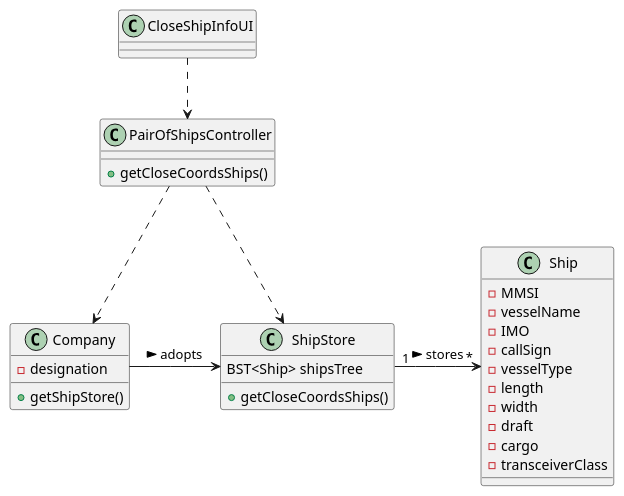
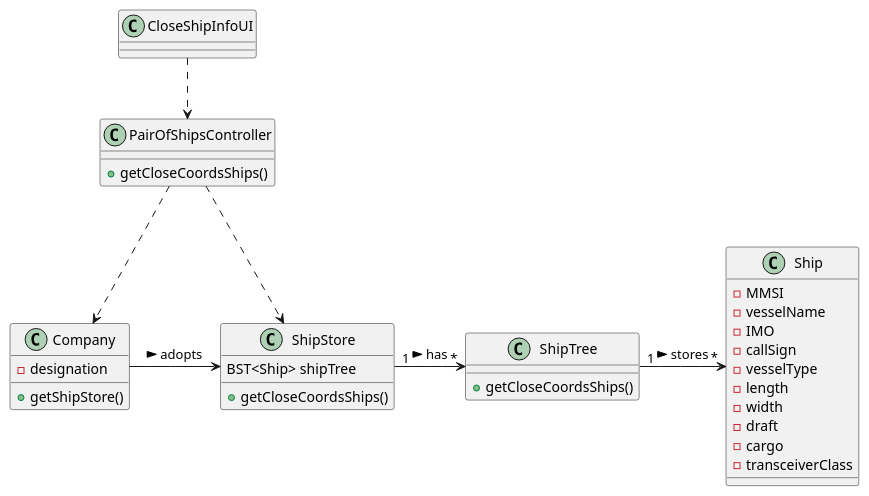
One commit to mpoboas/lapr3-2021-g102 changed the diagram in docs/Sprint1/US107/US107_CD.puml. Above: the diagram before and after it, drawn with PlantUML. The commit also changed 3 other files, not shown here.

```diff
--- a/docs/Sprint1/US107/US107_CD.puml
+++ b/docs/Sprint1/US107/US107_CD.puml
@@ -1,40 +1,45 @@
 @startuml
 'https://plantuml.com/class-diagram
 
 class Company {
 -designation
 +getShipStore()
 }
 
 class CloseShipInfoUI {
 }
 
 class PairOfShipsController {
 +getCloseCoordsShips()
 }
 
 class ShipStore {
-BST<Ship> shipsTree
+BST<Ship> shipTree
++getCloseCoordsShips()
+}
+
+class ShipTree {
 +getCloseCoordsShips()
 }
 
 class Ship {
 -MMSI
 -vesselName
 -IMO
 -callSign
 -vesselType
 -length
 -width
 -draft
 -cargo
 -transceiverClass
 }
 
 CloseShipInfoUI ..> PairOfShipsController
 Company -> ShipStore : adopts >
-ShipStore "1" ->  "*" Ship: stores >
+ShipStore "1" ->  "*" ShipTree: has >
+ShipTree "1" ->  "*" Ship: stores >
 PairOfShipsController ..> Company
 PairOfShipsController ..> ShipStore
 
 @enduml
```
